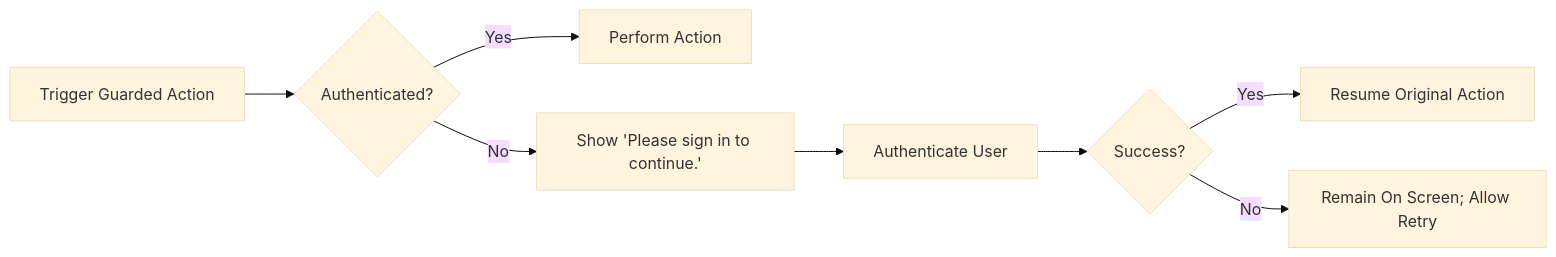
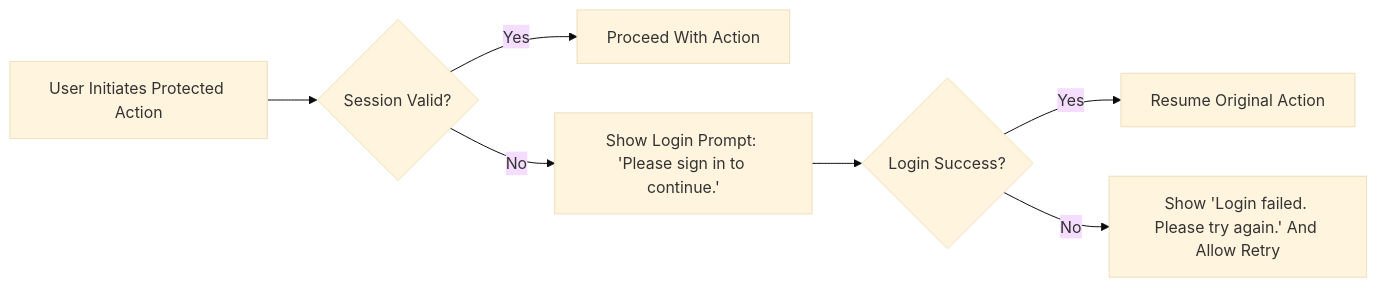
The first of 9 diagrams in docs/analysis/01-service-overview.md (wrtnlabs/autobe-example-reddit-openai-gpt-5), drawn with Mermaid (base theme) before and after one commit. The commit also changed other lines of this file and 721 other files, not shown here.

````diff
--- a/docs/analysis/01-service-overview.md
+++ b/docs/analysis/01-service-overview.md
@@ -194,10 +41,9 @@
 ```mermaid
 graph LR
-  A["Trigger Guarded Action"] --> B{"Authenticated?"}
-  B -->|"Yes"| C["Perform Action"]
-  B -->|"No"| D["Show 'Please sign in to continue.'"]
-  D --> E["Authenticate User"]
-  E --> F{"Success?"}
-  F -->|"Yes"| G["Resume Original Action"]
-  F -->|"No"| H["Remain On Screen; Allow Retry"]
+  A["User Initiates Protected Action"] --> B{"Session Valid?"}
+  B -->|"Yes"| C["Proceed With Action"]
+  B -->|"No"| D["Show Login Prompt: 'Please sign in to continue.'"]
+  D --> E{"Login Success?"}
+  E -->|"Yes"| F["Resume Original Action"]
+  E -->|"No"| G["Show 'Login failed. Please try again.' And Allow Retry"]
 ```
````
